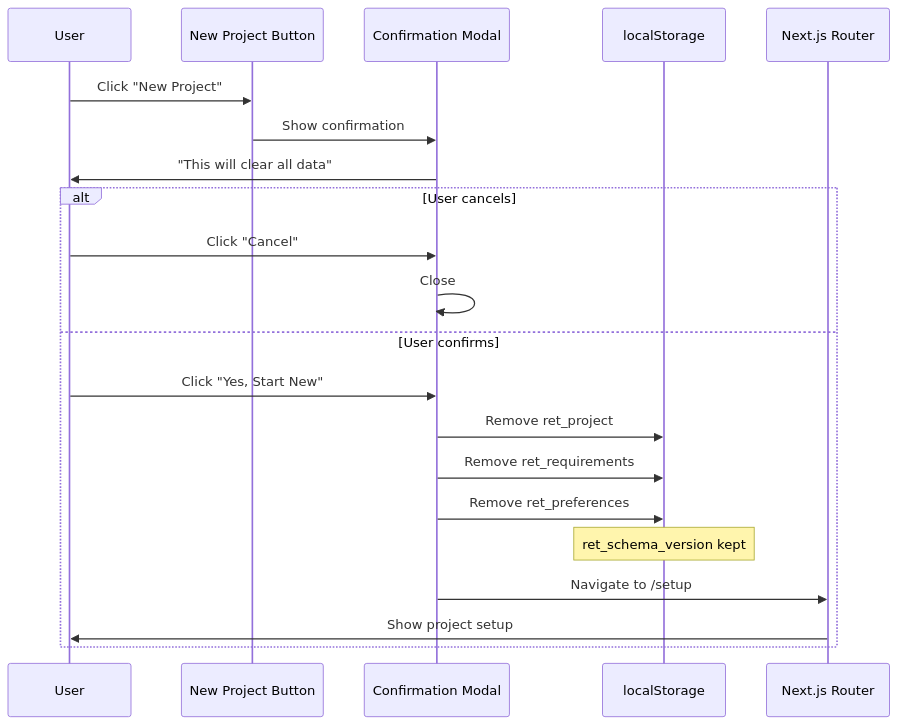
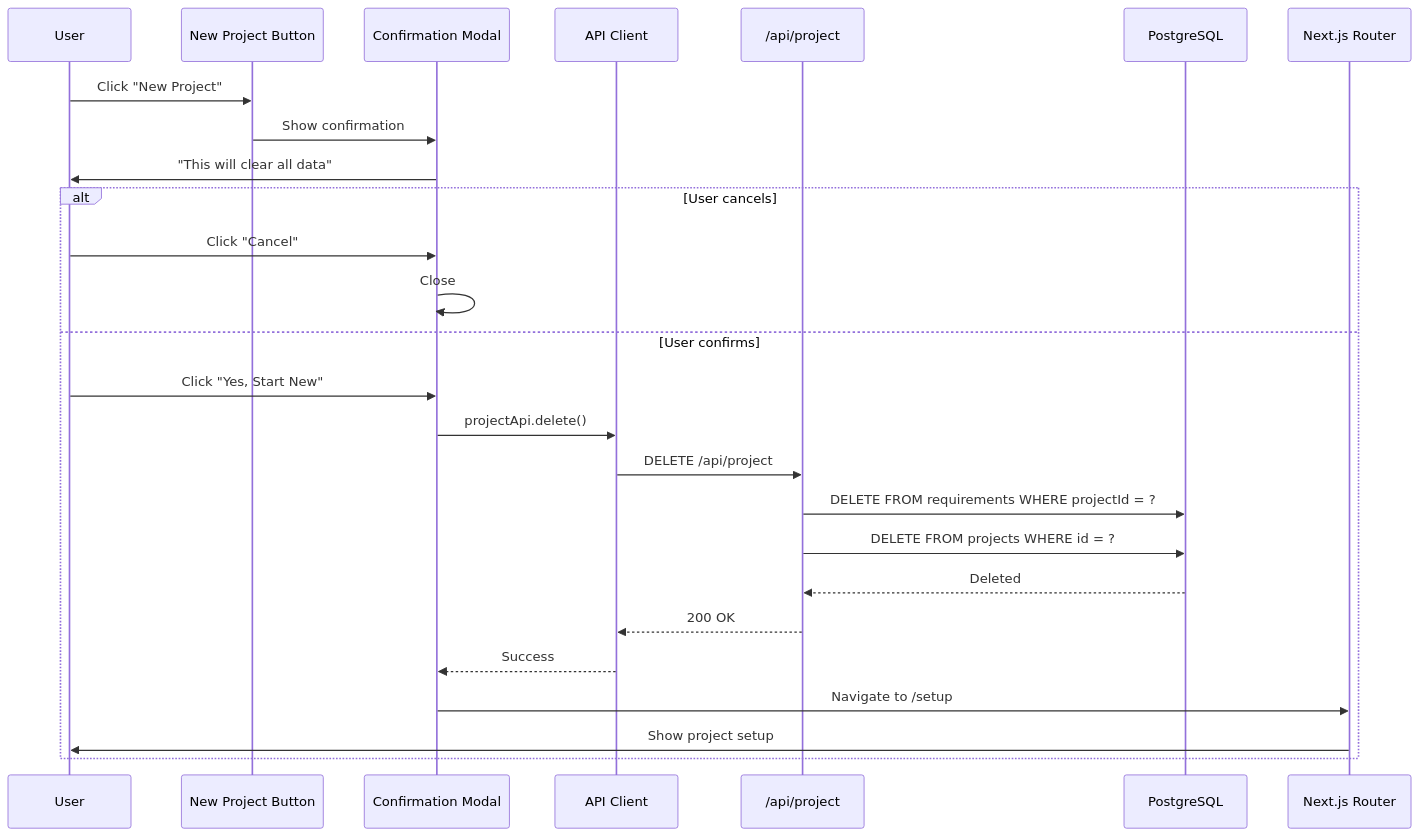
The ninth of 14 diagrams in docs/technical-spec.md (FirstRe/AIFIRST), drawn with Mermaid before and after one commit. The commit also changed other lines of this file and 36 other files, not shown here.

````diff
--- a/docs/technical-spec.md
+++ b/docs/technical-spec.md
@@ -766,26 +1121,31 @@
 ```mermaid
 sequenceDiagram
     participant User as User
     participant Button as New Project Button
     participant Modal as Confirmation Modal
-    participant Storage as localStorage
+    participant API as API Client
+    participant Backend as /api/project
+    participant DB as PostgreSQL
     participant Router as Next.js Router
 
     User->>Button: Click "New Project"
     Button->>Modal: Show confirmation
     Modal->>User: "This will clear all data"
 
     alt User cancels
         User->>Modal: Click "Cancel"
         Modal->>Modal: Close
     else User confirms
         User->>Modal: Click "Yes, Start New"
-        Modal->>Storage: Remove ret_project
-        Modal->>Storage: Remove ret_requirements
-        Modal->>Storage: Remove ret_preferences
-        Note over Storage: ret_schema_version kept
+        Modal->>API: projectApi.delete()
+        API->>Backend: DELETE /api/project
+        Backend->>DB: DELETE FROM requirements WHERE projectId = ?
+        Backend->>DB: DELETE FROM projects WHERE id = ?
+        DB-->>Backend: Deleted
+        Backend-->>API: 200 OK
+        API-->>Modal: Success
 
         Modal->>Router: Navigate to /setup
         Router->>User: Show project setup
     end
 ```
````
